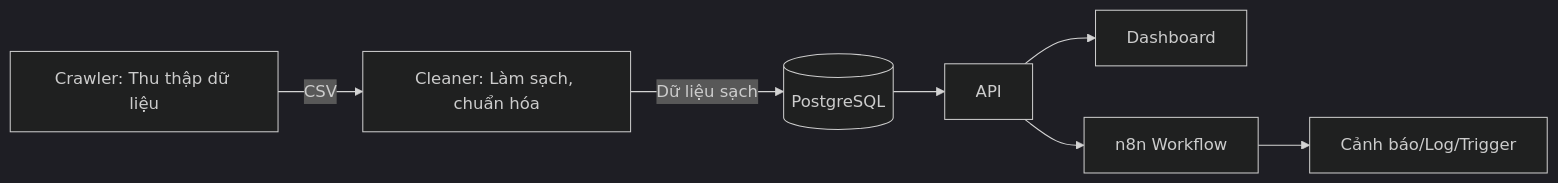
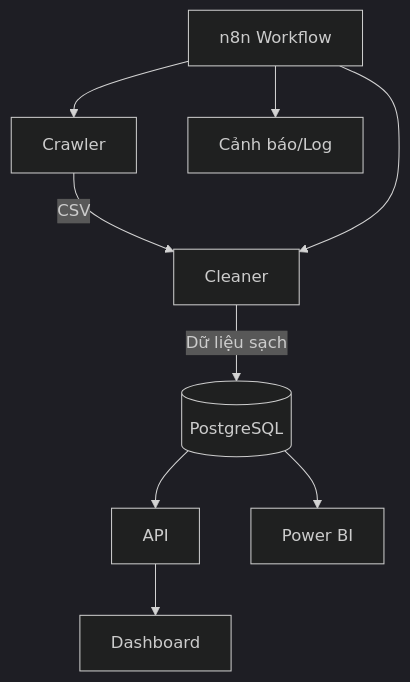
One commit to SeikoP/Vietnam-Environmental-Data changed the diagram in README.md. Above: the diagram before and after it, drawn with Mermaid (dark theme). The commit also changed other lines of this file, not shown here.

````diff
--- a/README.md
+++ b/README.md
@@ -12,9 +12,11 @@
 ```mermaid
-flowchart LR
-    CRAWLER["Crawler: Thu thập dữ liệu"] -->|"CSV"| CLEANER["Cleaner: Làm sạch, chuẩn hóa"]
+flowchart TD
+    N8N[n8n Workflow] --> CRAWLER["Crawler"]
+    CRAWLER -->|"CSV"| CLEANER["Cleaner"]
     CLEANER -->|"Dữ liệu sạch"| DB[(PostgreSQL)]
+    N8N --> CLEANER
     DB --> API["API"]
+    DB --> POWERBI["Power BI"]
     API --> DASH["Dashboard"]
-    API --> N8N["n8n Workflow"]
-    N8N --> ALERT["Cảnh báo/Log/Trigger"]
+    N8N --> ALERT["Cảnh báo/Log"]
 ```
````
